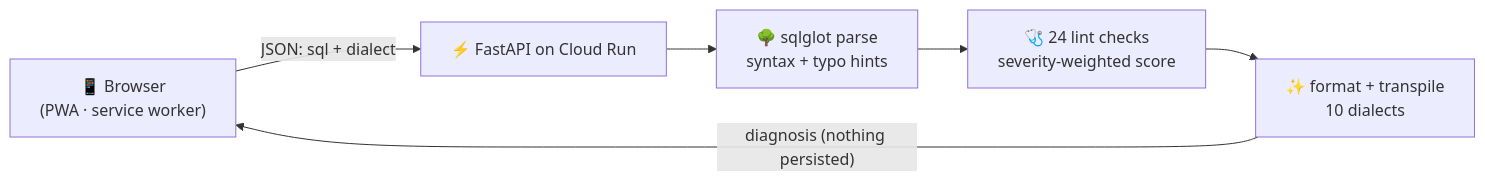
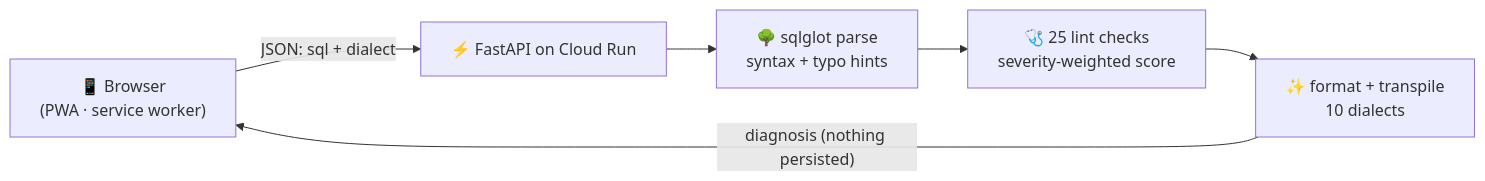
The diagram in README.md (ARAVINDHRAJA123/querydoctor), drawn with Mermaid before and after one commit. The commit also changed other lines of this file and 2 other files, not shown here.

````diff
--- a/README.md
+++ b/README.md
@@ -114,8 +115,8 @@
 ```mermaid
 flowchart LR
     A["📱 Browser<br/>(PWA · service worker)"] -- "JSON: sql + dialect" --> B["⚡ FastAPI on Cloud Run"]
     B --> C["🌳 sqlglot parse<br/>syntax + typo hints"]
-    C --> D["🩺 24 lint checks<br/>severity-weighted score"]
+    C --> D["🩺 25 lint checks<br/>severity-weighted score"]
     D --> E["✨ format + transpile<br/>10 dialects"]
     E -- "diagnosis (nothing persisted)" --> A
 ```
````
